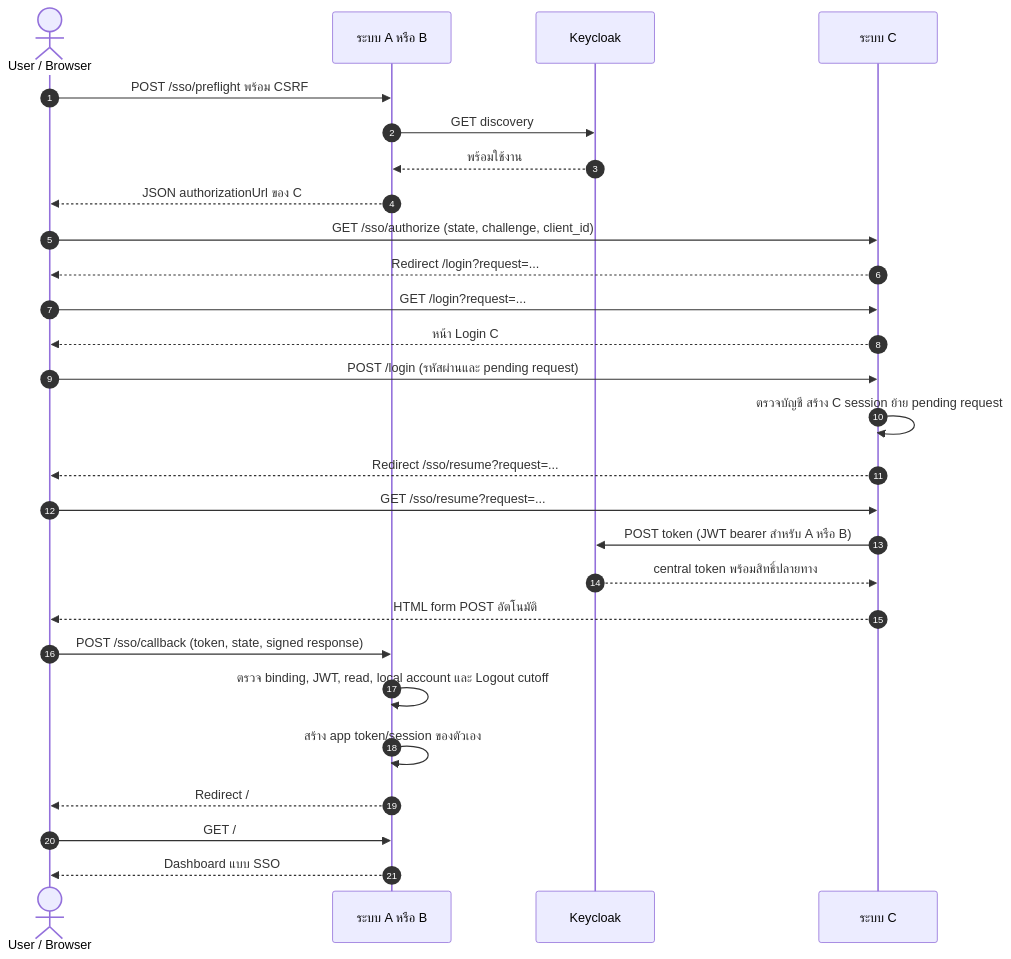
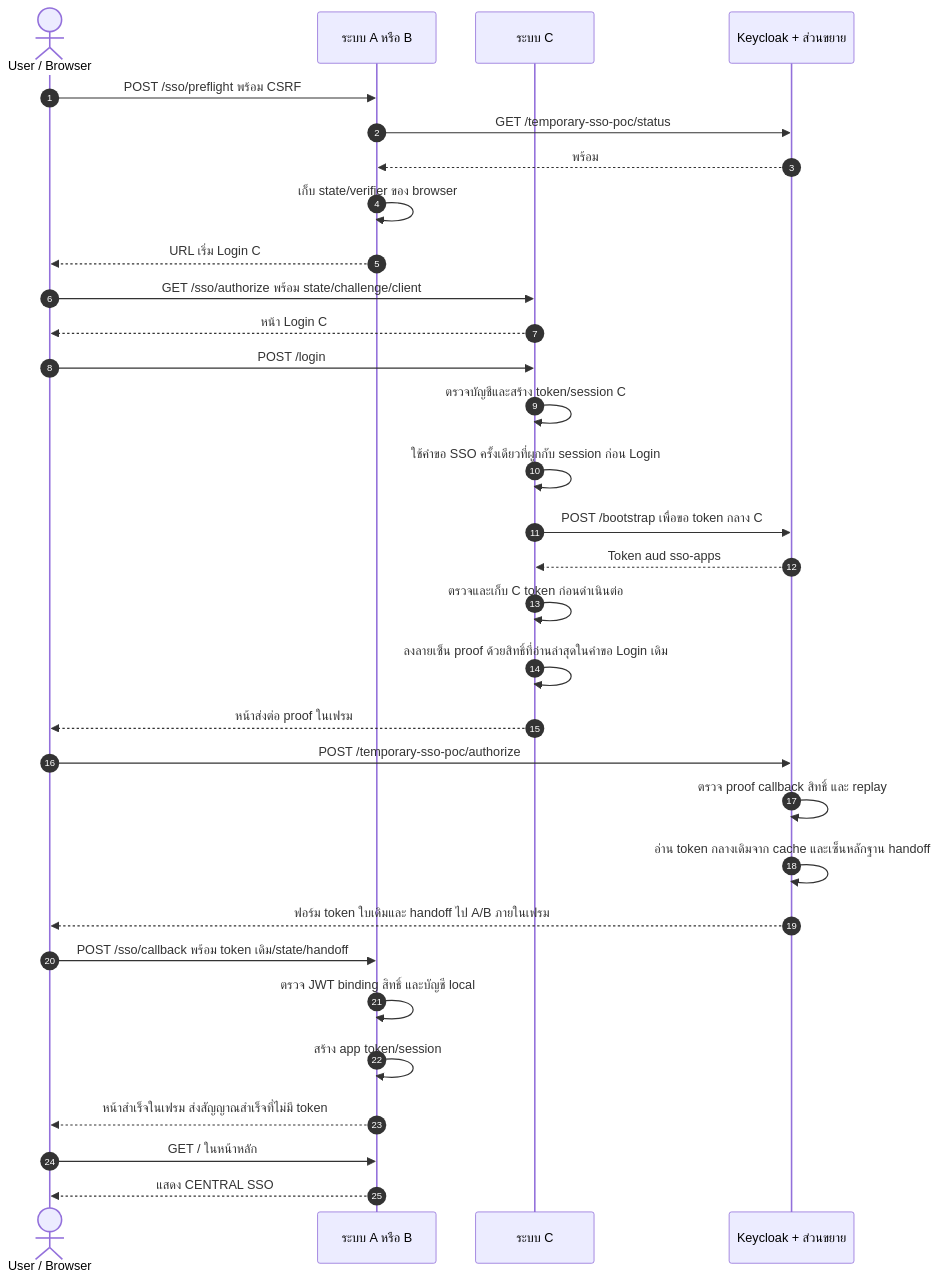
The fifth of 20 diagrams in docs/flows/LOGIN-AND-SESSION.md (Sin1apachai/poc_sso), drawn with Mermaid before and after one commit. The commit also changed other lines of this file and 149 other files, not shown here.

First line of the commit message:
Use one shared SSO token and simplify login handoff

````diff
--- a/docs/flows/LOGIN-AND-SESSION.md
+++ b/docs/flows/LOGIN-AND-SESSION.md
@@ -102,29 +96,33 @@
 ```mermaid
 sequenceDiagram
     autonumber
-    actor U as User / Browser
+actor U as User / Browser
     participant A as ระบบ A หรือ B
-    participant K as Keycloak
     participant C as ระบบ C
+    participant K as Keycloak + ส่วนขยาย
     U->>A: POST /sso/preflight พร้อม CSRF
-    A->>K: GET discovery
-    K-->>A: พร้อมใช้งาน
-    A-->>U: JSON authorizationUrl ของ C
-    U->>C: GET /sso/authorize (state, challenge, client_id)
-    C-->>U: Redirect /login?request=...
-    U->>C: GET /login?request=...
+    A->>K: GET /temporary-sso-poc/status
+    K-->>A: พร้อม
+    A->>A: เก็บ state/verifier ของ browser
+    A-->>U: URL เริ่ม Login C
+    U->>C: GET /sso/authorize พร้อม state/challenge/client
     C-->>U: หน้า Login C
-    U->>C: POST /login (รหัสผ่านและ pending request)
-    C->>C: ตรวจบัญชี สร้าง C session ย้าย pending request
-    C-->>U: Redirect /sso/resume?request=...
-    U->>C: GET /sso/resume?request=...
-    C->>K: POST token (JWT bearer สำหรับ A หรือ B)
-    K-->>C: central token พร้อมสิทธิ์ปลายทาง
-    C-->>U: HTML form POST อัตโนมัติ
-    U->>A: POST /sso/callback (token, state, signed response)
-    A->>A: ตรวจ binding, JWT, read, local account และ Logout cutoff
-    A->>A: สร้าง app token/session ของตัวเอง
-    A-->>U: Redirect /
-    U->>A: GET /
-    A-->>U: Dashboard แบบ SSO
+    U->>C: POST /login
+    C->>C: ตรวจบัญชีและสร้าง token/session C
+    C->>C: ใช้คำขอ SSO ครั้งเดียวที่ผูกกับ session ก่อน Login
+    C->>K: POST /bootstrap เพื่อขอ token กลาง C
+    K-->>C: Token aud sso-apps
+    C->>C: ตรวจและเก็บ C token ก่อนดำเนินต่อ
+    C->>C: ลงลายเซ็น proof ด้วยสิทธิ์ที่อ่านล่าสุดในคำขอ Login เดิม
+    C-->>U: หน้าส่งต่อ proof ในเฟรม
+    U->>K: POST /temporary-sso-poc/authorize
+    K->>K: ตรวจ proof callback สิทธิ์ และ replay
+    K->>K: อ่าน token กลางเดิมจาก cache และเซ็นหลักฐาน handoff
+    K-->>U: ฟอร์ม token ใบเดิมและ handoff ไป A/B ภายในเฟรม
+    U->>A: POST /sso/callback พร้อม token เดิม/state/handoff
+    A->>A: ตรวจ JWT binding สิทธิ์ และบัญชี local
+    A->>A: สร้าง app token/session
+    A-->>U: หน้าสำเร็จในเฟรม ส่งสัญญาณสำเร็จที่ไม่มี token
+    U->>A: GET / ในหน้าหลัก
+    A-->>U: แสดง CENTRAL SSO
 ```
````
